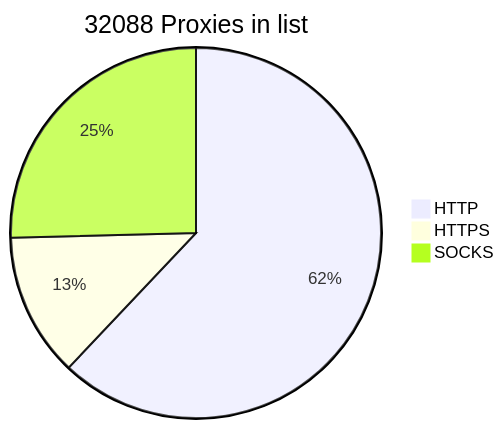
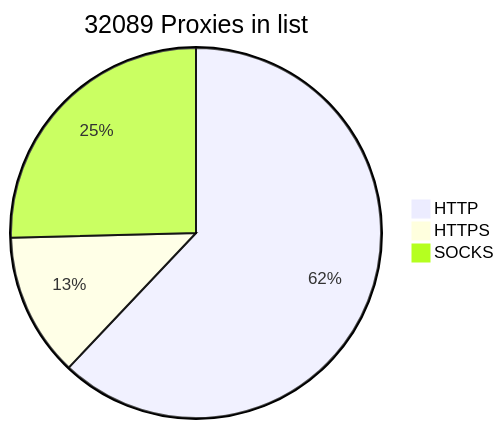
Before and after one commit to BlackSnowDot/proxylist-update-every-minute: the diagram in README.md, drawn with Mermaid.

````diff
--- a/README.md
+++ b/README.md
@@ -2,6 +2,6 @@
 ```mermaid
-pie title 32088 Proxies in list
-    "HTTP" : 21996
-    "HTTPS": 4446
+pie title 32089 Proxies in list
+    "HTTP" : 21995
+    "HTTPS": 4445
     "SOCKS" : 9006
 ```
````
